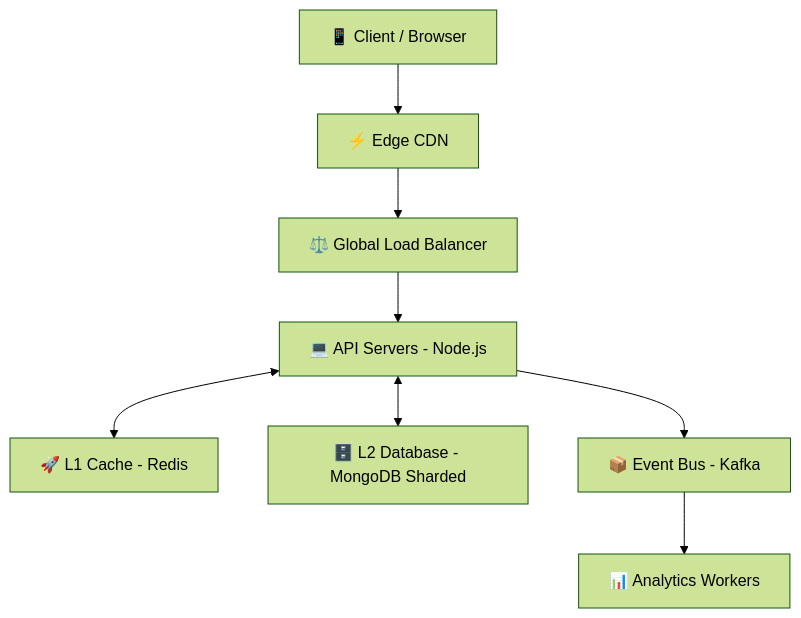
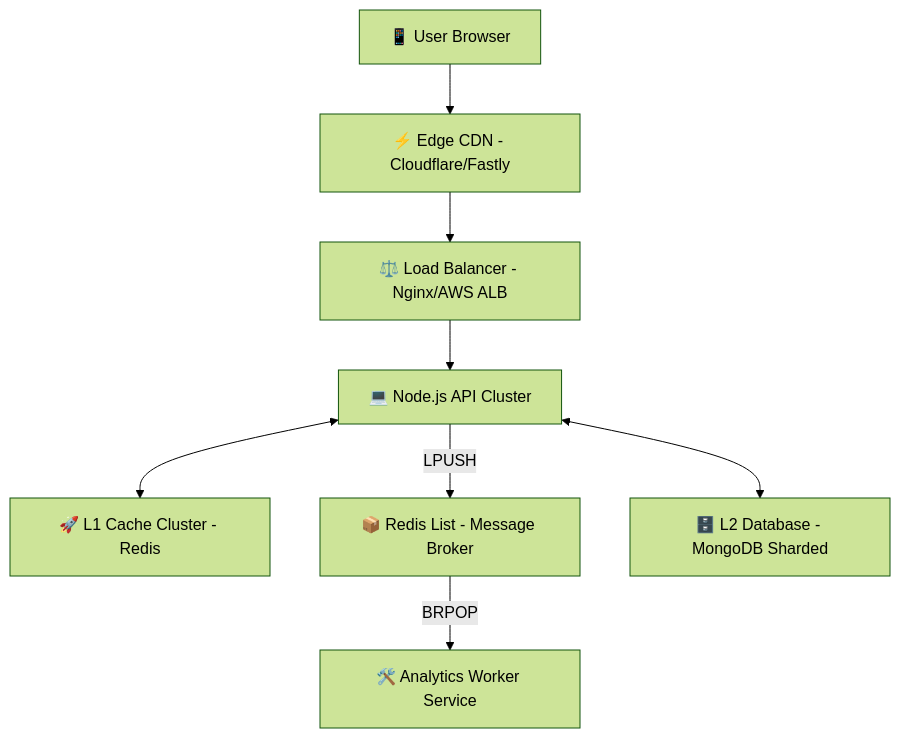
One commit to yogita-khanna/url-shortner changed the diagram in README.md. Above: the diagram before and after it, drawn with Mermaid (forest theme). The commit also changed other lines of this file and 12 other files, not shown here.

````diff
--- a/README.md
+++ b/README.md
@@ -11,19 +11,19 @@
 ```mermaid
 graph TD
-    Client[📱 Client / Browser]
-    CDN[⚡ Edge CDN]
-    LB[⚖️ Global Load Balancer]
-    API[💻 API Servers - Node.js]
-    Redis[🚀 L1 Cache - Redis]
+    Client[📱 User Browser]
+    CDN[⚡ Edge CDN - Cloudflare/Fastly]
+    LB[⚖️ Load Balancer - Nginx/AWS ALB]
+    API[💻 Node.js API Cluster]
+    Redis_Cache[🚀 L1 Cache Cluster - Redis]
+    Redis_Queue[📦 Redis List - Message Broker]
     DB[🗄️ L2 Database - MongoDB Sharded]
-    Kafka[📦 Event Bus - Kafka]
-    Analytix[📊 Analytics Workers]
+    Worker[🛠️ Analytics Worker Service]
     
     Client --> CDN
     CDN --> LB
     LB --> API
-    API <--> Redis
+    API <--> Redis_Cache
+    API -- LPUSH --> Redis_Queue
     API <--> DB
-    API --> Kafka
-    Kafka --> Analytix
+    Redis_Queue -- BRPOP --> Worker
 ```
````
